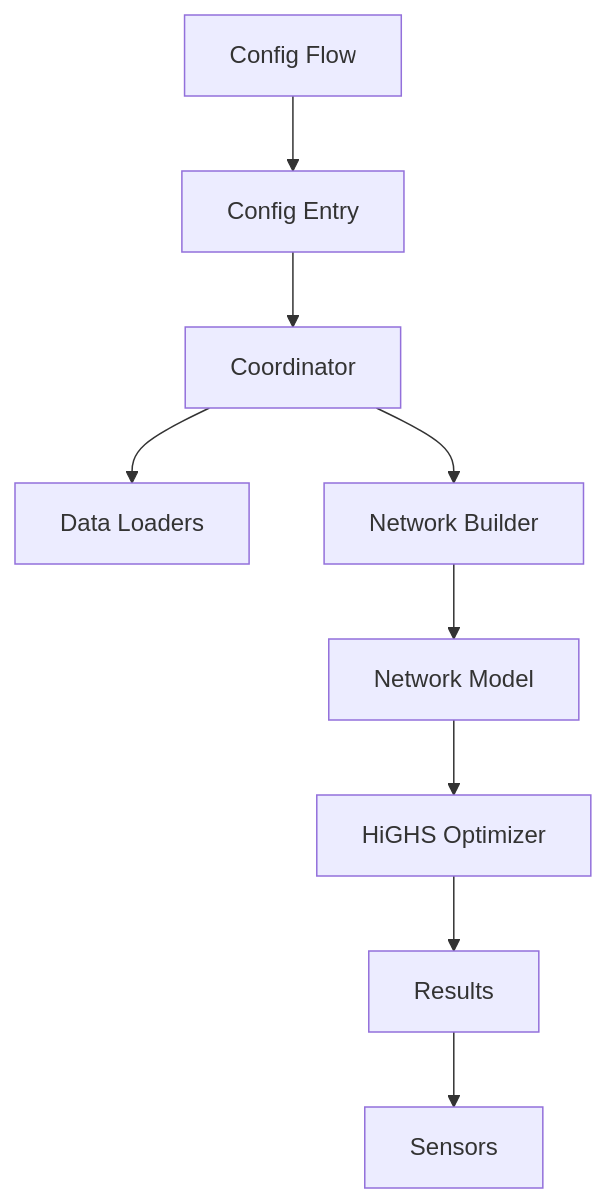
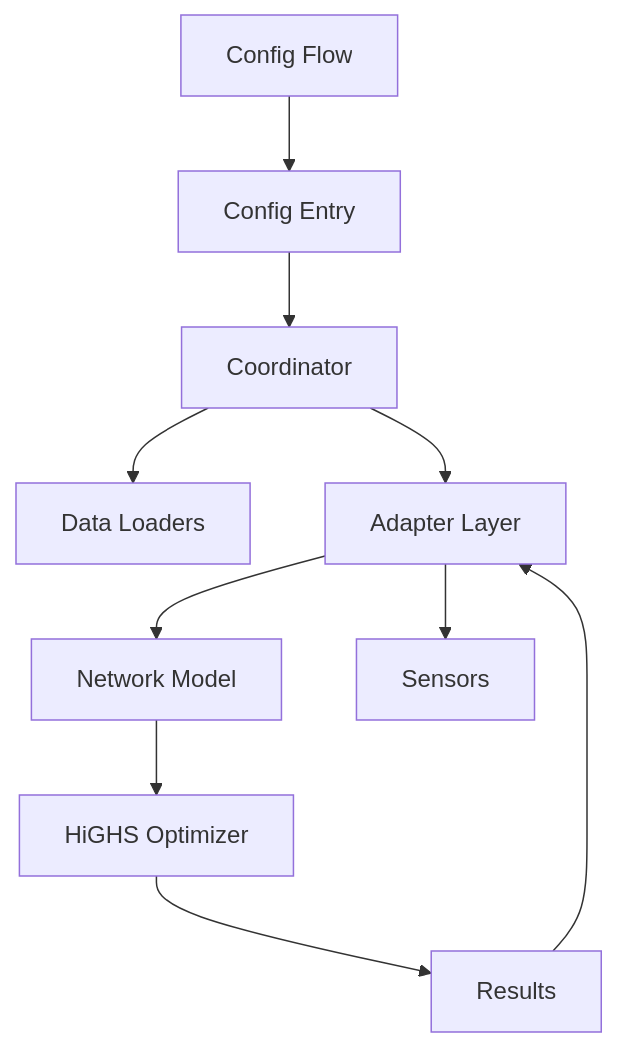
Before and after one commit to hass-energy/haeo: the second of 2 diagrams in docs/developer-guide/architecture.md, drawn with Mermaid. The commit also changed other lines of this file and 29 other files, not shown here.

````diff
--- a/docs/developer-guide/architecture.md
+++ b/docs/developer-guide/architecture.md
@@ -9,11 +45,12 @@
 ```mermaid
 graph TD
     CF[Config Flow] --> CE[Config Entry]
     CE --> Coord[Coordinator]
     Coord --> Loaders[Data Loaders]
-    Coord --> Builder[Network Builder]
-    Builder --> Model[Network Model]
+    Coord --> Adapt[Adapter Layer]
+    Adapt --> Model[Network Model]
     Model --> Optimizer[HiGHS Optimizer]
     Optimizer --> Results[Results]
-    Results --> Sensors[Sensors]
+    Results --> Adapt
+    Adapt --> Sensors[Sensors]
 ```
````
